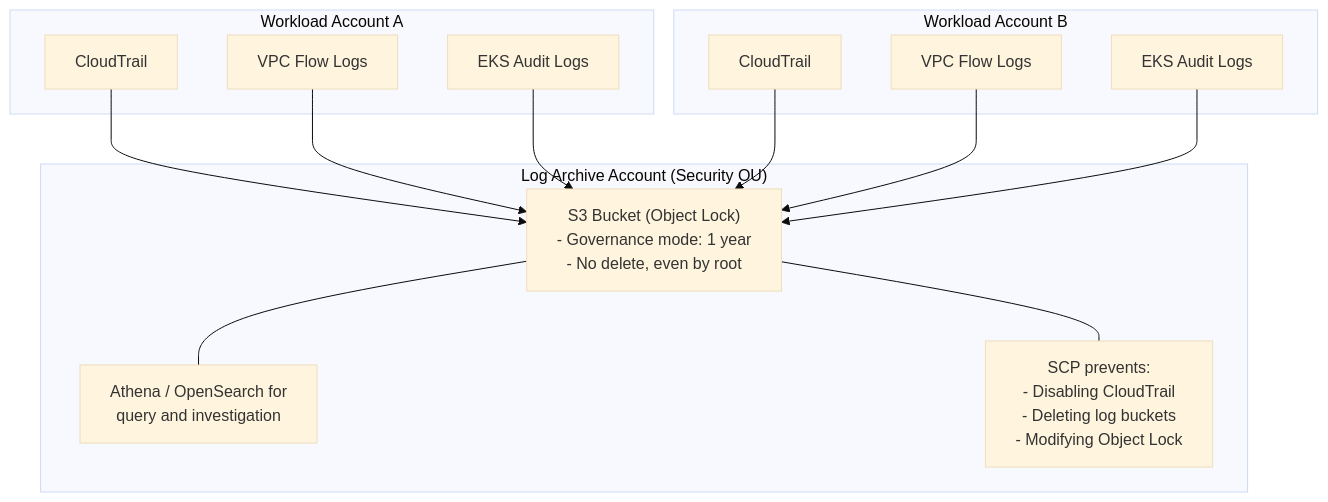
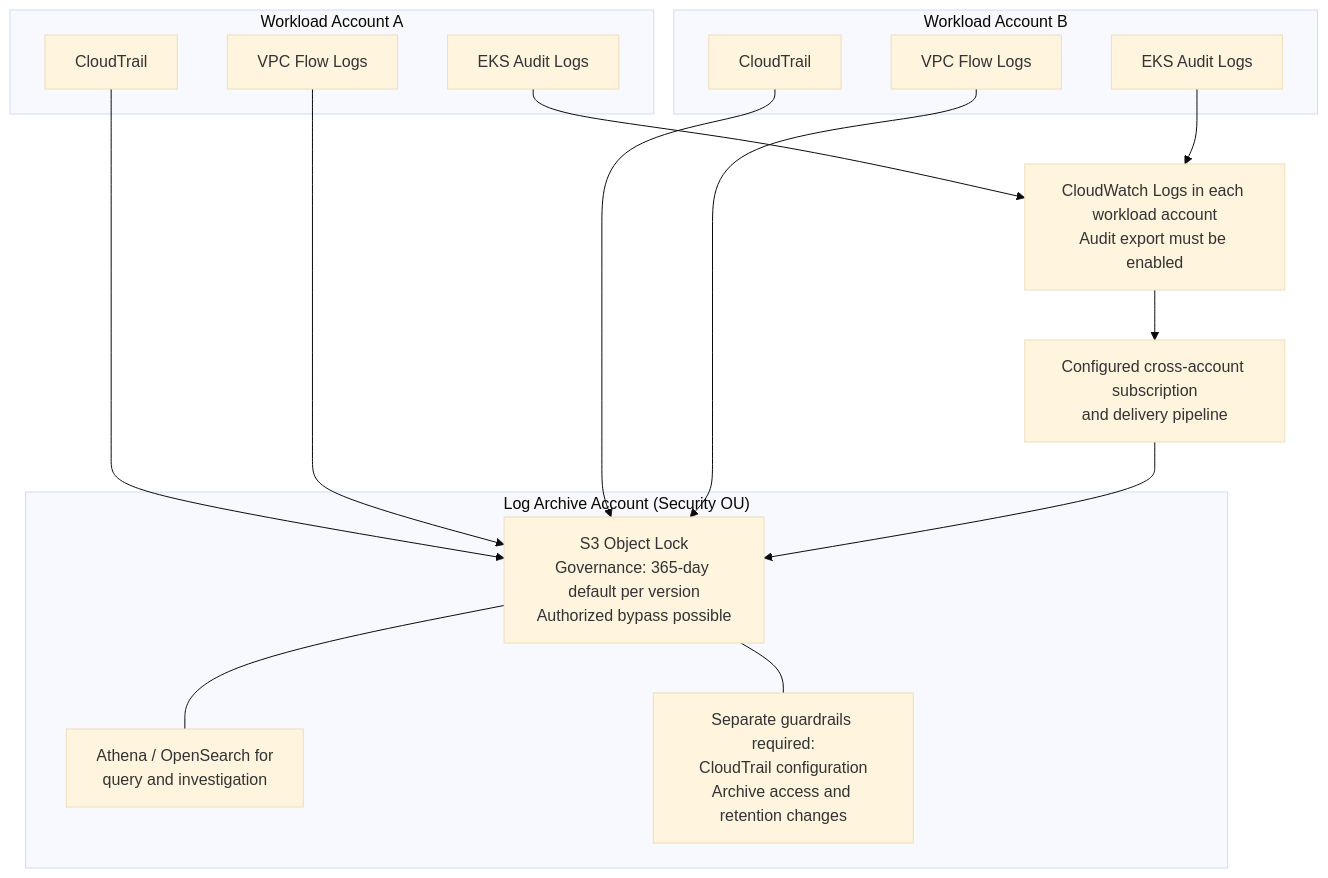
Before and after one commit to kube-dojo/kube-dojo.github.io: the fifth of 7 diagrams in src/content/docs/cloud/advanced-operations/module-8.1-multi-account.md, drawn with Mermaid (base theme). The commit also changed other lines of this file, not shown here.

Commit message:
fix(content): correct retention and EKS audit delivery #3430

````diff
--- a/src/content/docs/cloud/advanced-operations/module-8.1-multi-account.md
+++ b/src/content/docs/cloud/advanced-operations/module-8.1-multi-account.md
@@ -650,24 +650,27 @@
 ```mermaid
 flowchart TD
     subgraph WLA [Workload Account A]
         CT_A[CloudTrail]
         VPC_A[VPC Flow Logs]
         EKS_A[EKS Audit Logs]
     end
 
     subgraph WLB [Workload Account B]
         CT_B[CloudTrail]
         VPC_B[VPC Flow Logs]
         EKS_B[EKS Audit Logs]
     end
 
     subgraph LA ["Log Archive Account (Security OU)"]
-        S3["S3 Bucket (Object Lock)<br/>- Governance mode: 1 year<br/>- No delete, even by root"]
+        S3["S3 Object Lock<br/>Governance: 365-day default per version<br/>Authorized bypass possible"]
         Query["Athena / OpenSearch for<br/>query and investigation"]
-        SCP["SCP prevents:<br/>- Disabling CloudTrail<br/>- Deleting log buckets<br/>- Modifying Object Lock"]
+        SCP["Separate guardrails required:<br/>CloudTrail configuration<br/>Archive access and retention changes"]
         S3 --- Query
         S3 --- SCP
     end
 
-    CT_A & VPC_A & EKS_A & CT_B & VPC_B & EKS_B --> S3
+    CT_A & VPC_A & CT_B & VPC_B --> S3
+    EKS_A & EKS_B --> CW["CloudWatch Logs in each workload account<br/>Audit export must be enabled"]
+    CW --> Forward["Configured cross-account subscription<br/>and delivery pipeline"]
+    Forward --> S3
 ```
````
